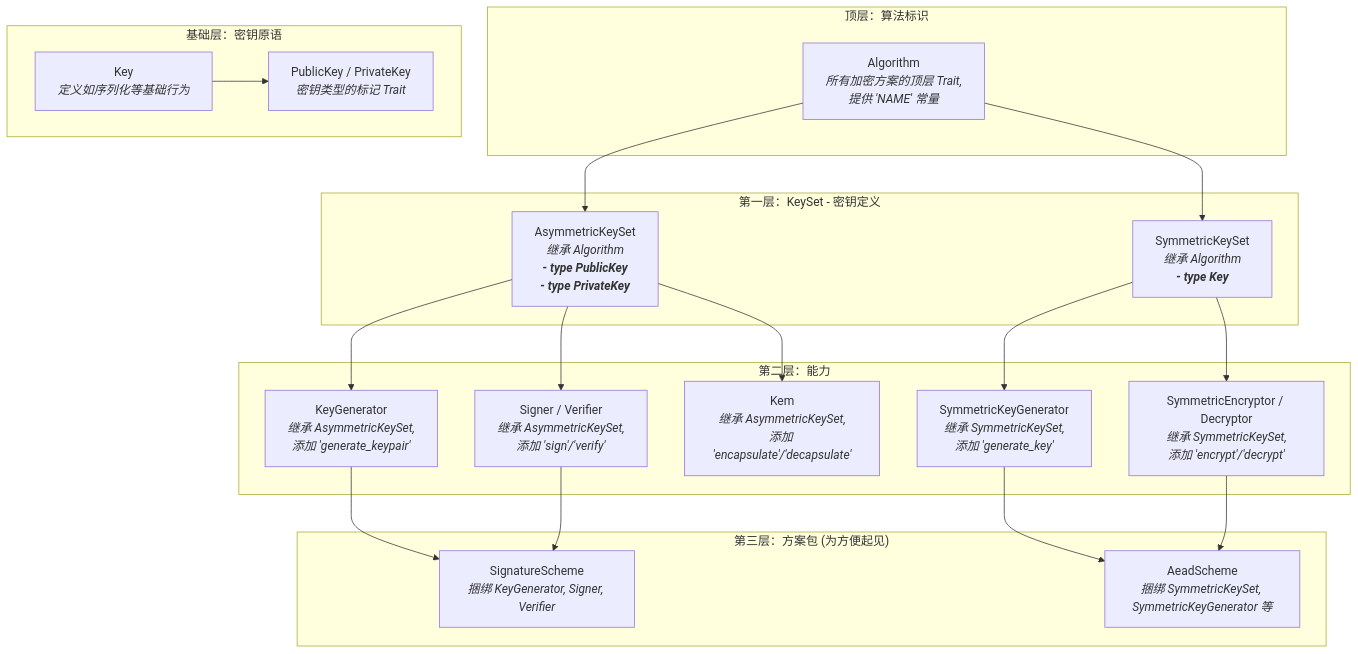
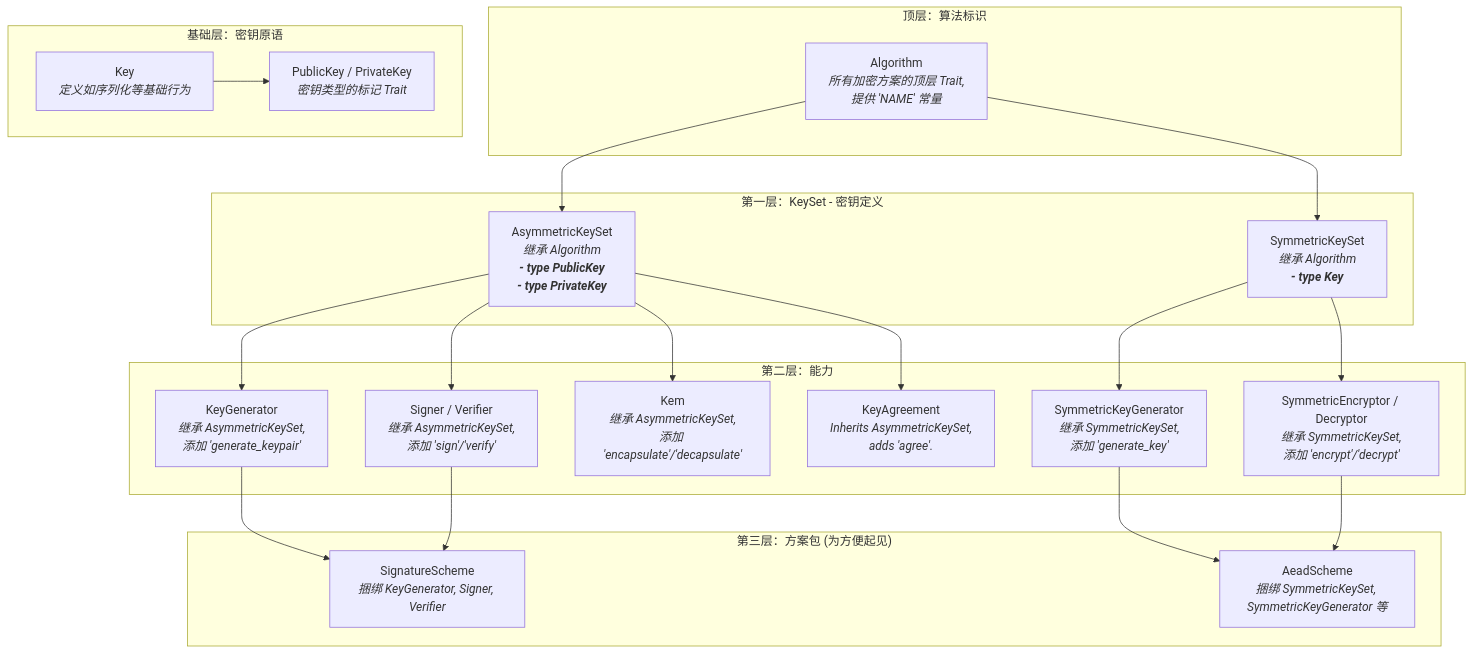
The diagram in README_CN.md (ShaoG-R/seal-crypto), drawn with Mermaid before and after one commit. The commit also changed other lines of this file and 20 other files, not shown here.

````diff
--- a/README_CN.md
+++ b/README_CN.md
@@ -82,44 +82,46 @@
 ```mermaid
 graph TD
     subgraph "顶层：算法标识"
         Z["Algorithm<br/><i>所有加密方案的顶层 Trait,<br/>提供 'NAME' 常量</i>"]
     end
 
     subgraph "基础层：密钥原语"
         A["Key<br/><i>定义如序列化等基础行为</i>"]
         B["PublicKey / PrivateKey<br/><i>密钥类型的标记 Trait</i>"]
     end
 
     subgraph "第一层：KeySet - 密钥定义"
         C["AsymmetricKeySet<br/><i>继承 Algorithm<br/><b>- type PublicKey<br/>- type PrivateKey</b></i>"]
         D["SymmetricKeySet<br/><i>继承 Algorithm<br/><b>- type Key</b></i>"]
     end
 
     subgraph "第二层：能力"
         F["KeyGenerator<br/><i>继承 AsymmetricKeySet,<br/>添加 'generate_keypair'</i>"]
         G["Signer / Verifier<br/><i>继承 AsymmetricKeySet,<br/>添加 'sign'/'verify'</i>"]
         H["Kem<br/><i>继承 AsymmetricKeySet,<br/>添加 'encapsulate'/'decapsulate'</i>"]
+        M["KeyAgreement<br/><i>Inherits AsymmetricKeySet,<br/>adds 'agree'.</i>"]
         I["SymmetricKeyGenerator<br/><i>继承 SymmetricKeySet,<br/>添加 'generate_key'</i>"]
         J["SymmetricEncryptor / Decryptor<br/><i>继承 SymmetricKeySet,<br/>添加 'encrypt'/'decrypt'</i>"]
     end
     
     subgraph "第三层：方案包 (为方便起见)"
         K["SignatureScheme<br/><i>捆绑 KeyGenerator, Signer, Verifier</i>"]
         L["AeadScheme<br/><i>捆绑 SymmetricKeySet, SymmetricKeyGenerator 等</i>"]
     end
 
     A --> B
 
     Z --> C
     Z --> D
     
     C --> F
     C --> G
     C --> H
+    C --> M
     
     F & G --> K
 
     D --> I
     D --> J
     I & J --> L
 ```
````
